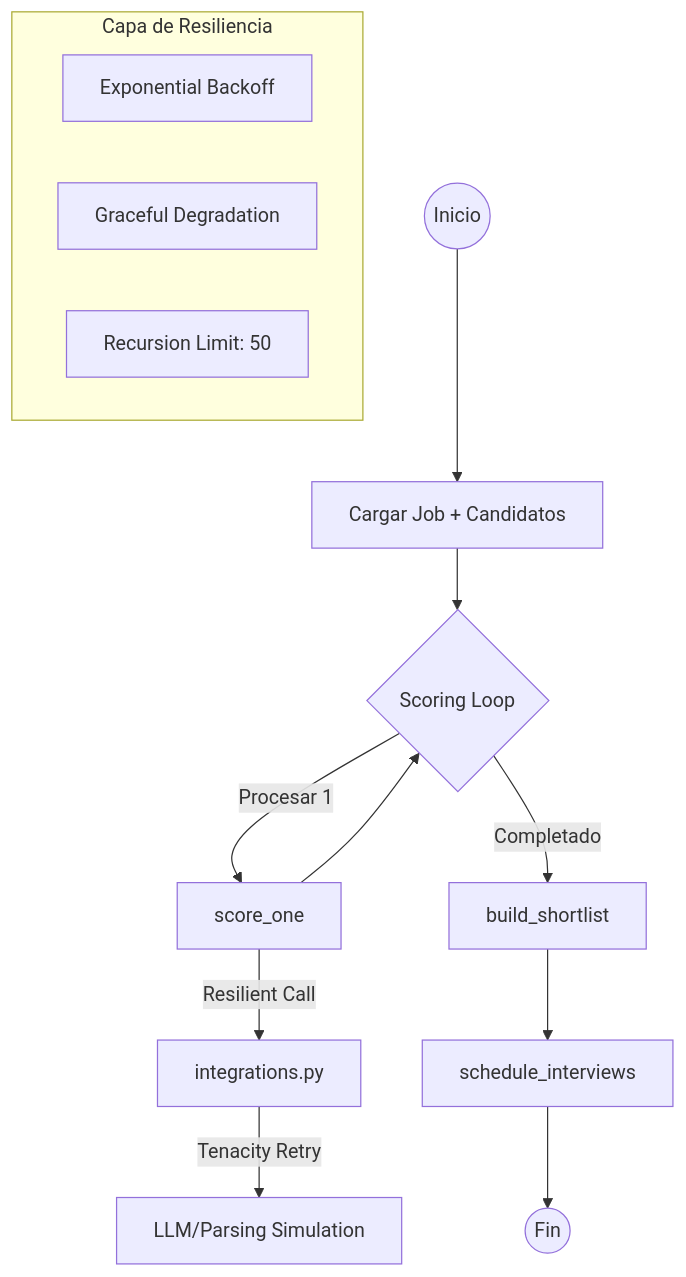
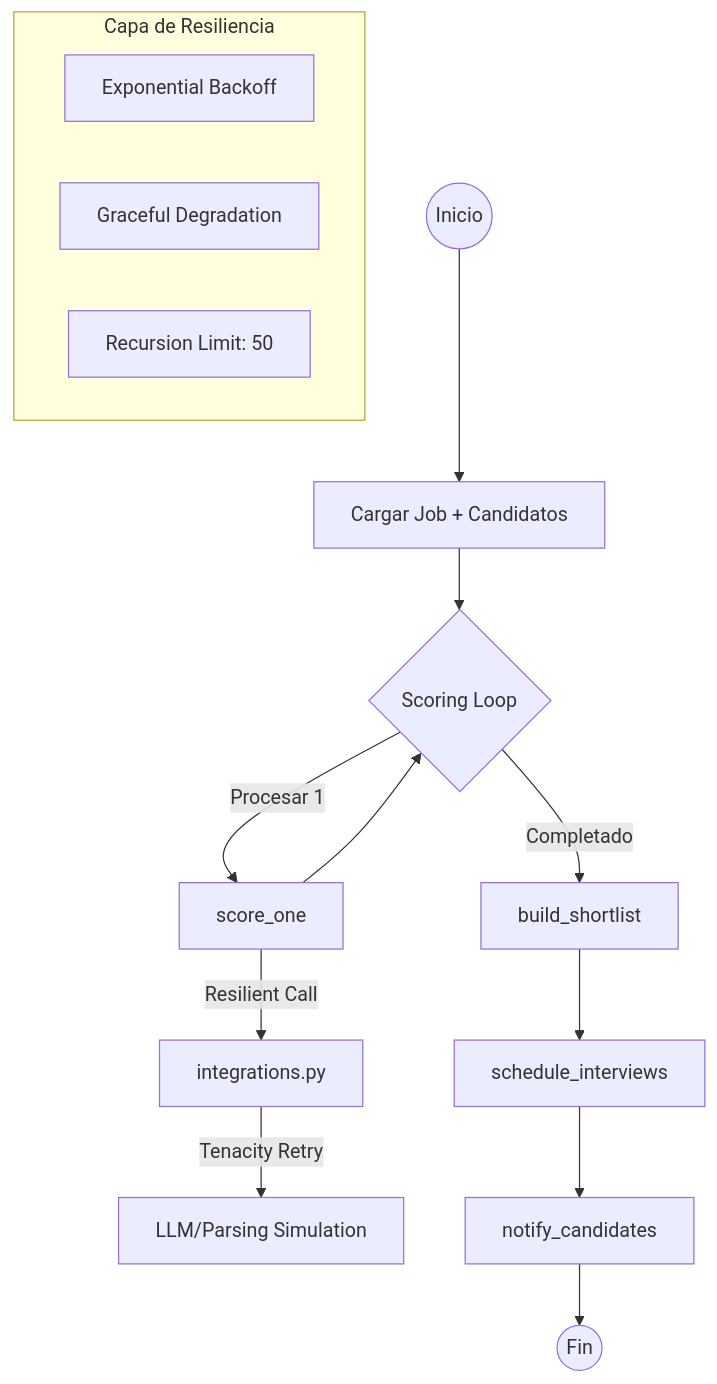
One commit to vladimiracunadev-create/langgraph-realworld changed the diagram in docs/wiki/Case-09.md. Above: the diagram before and after it, drawn with Mermaid. The commit also changed other lines of this file and 11 other files, not shown here.

````diff
--- a/docs/wiki/Case-09.md
+++ b/docs/wiki/Case-09.md
@@ -7,18 +7,19 @@
 ```mermaid
 graph TD
   START((Inicio)) --> Load[Cargar Job + Candidatos]
   Load --> Score{Scoring Loop}
   Score -->|Procesar 1| SNode[score_one]
   SNode -->|Resilient Call| Integrations[integrations.py]
   Integrations -->|Tenacity Retry| LLM[LLM/Parsing Simulation]
   SNode --> Score
   Score -->|Completado| Shortlist[build_shortlist]
   Shortlist --> Schedule[schedule_interviews]
-  Schedule --> END((Fin))
+  Schedule --> Notify[notify_candidates]
+  Notify --> END((Fin))
 
   subgraph "Capa de Resiliencia"
     Tenacity[Exponential Backoff]
     Degradation[Graceful Degradation]
     Recursion[Recursion Limit: 50]
   end
 ```
````
